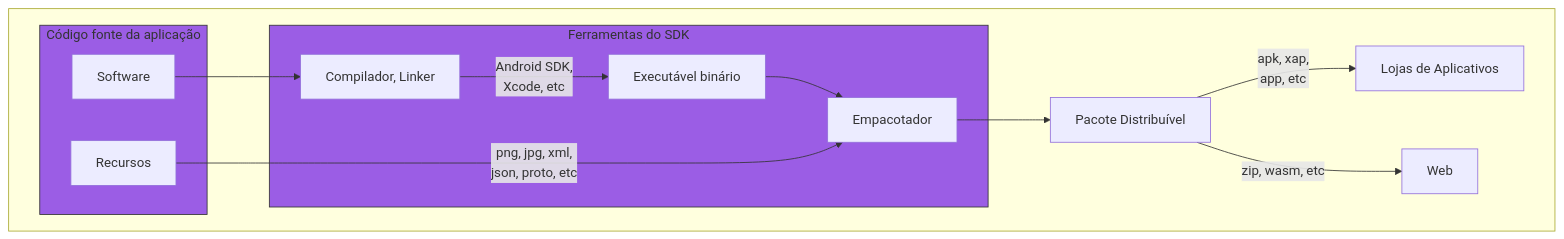
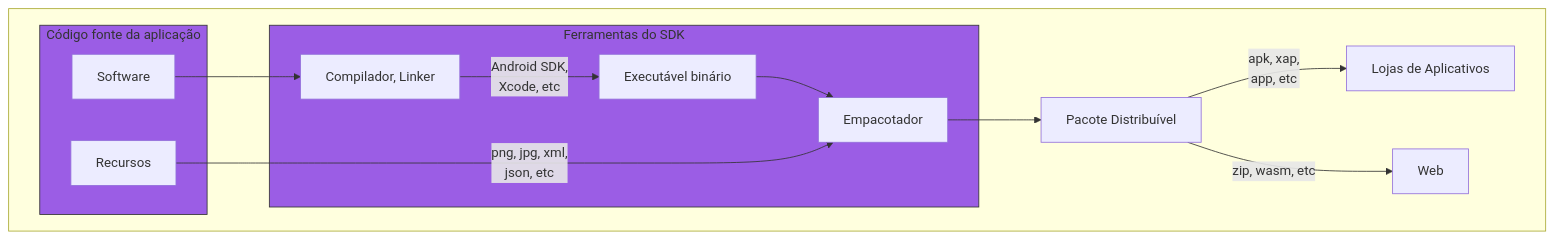
Before and after one commit to rsicarelli/KMP-101: the first of 12 diagrams in posts/KMP101-parte1.md, drawn with Mermaid. The commit also changed other lines of this file, not shown here.

````diff
--- a/posts/KMP101-parte1.md
+++ b/posts/KMP101-parte1.md
@@ -38,22 +37,22 @@
 ```mermaid
 graph TD
     subgraph " "
         subgraph area1 ["Código fonte da aplicação"]
             A[Código Fonte do Software]
             C[Recursos]
         end
         subgraph area2 ["Ferramentas do SDK"]
             B[Compilador, Linker]
             D[Empacotador]
             B -->|Android SDK,<br> Xcode, etc| E[Executável binário] --> D
         end
 
         A[Software] --> B
         D --> F[Pacote Distribuível]
         F -->|apk, xap, <br> app, etc| G[Lojas de Aplicativos]
         F -->|zip, wasm, etc| GG[Web]
-        C -->|png, jpg, xml, <br> json, proto, etc| D[Empacotador]
+        C -->|png, jpg, xml, <br> json, etc| D[Empacotador]
         classDef area fill: #9b5de5, stroke: #333, stroke-width: px;
         class area1,area2 area
     end
 ```
````
